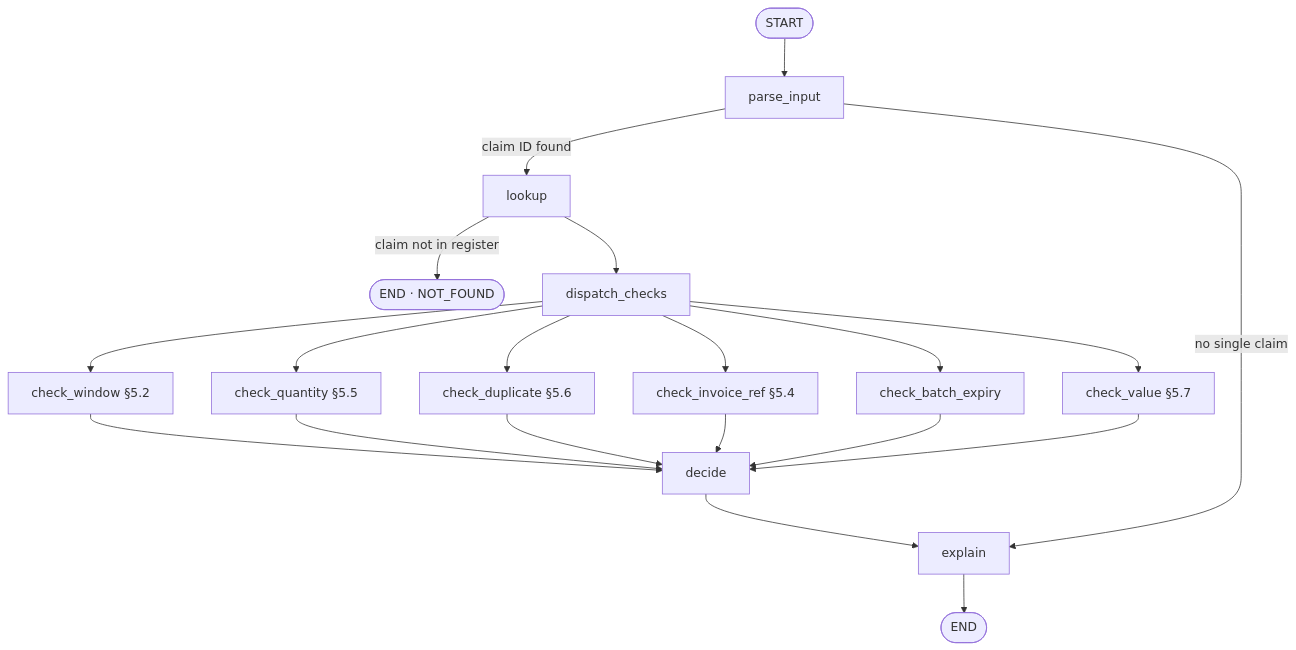
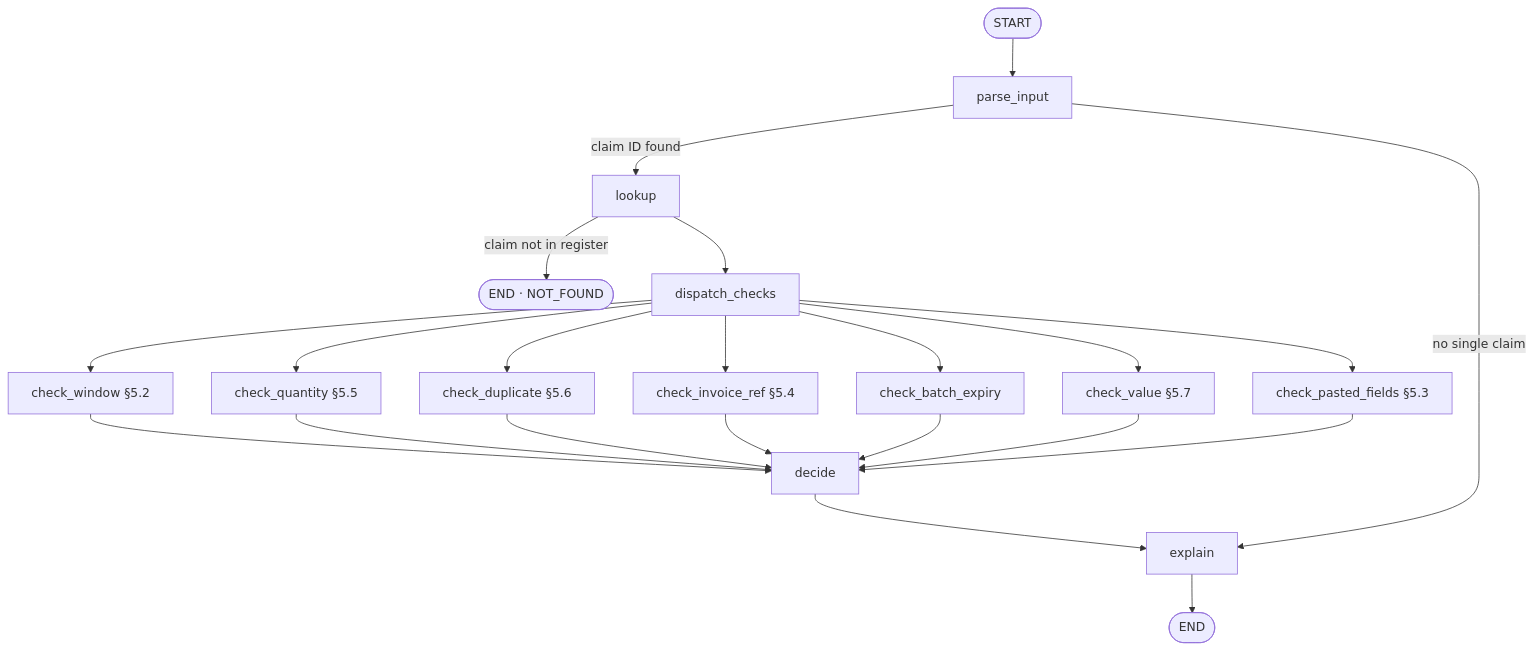
The diagram in pfizer-channel-engagement_learner-pack/discovery/architecture_note.md (palashdange/Project_Pfizer), drawn with Mermaid before and after one commit. The commit also changed other lines of this file and 5 other files, not shown here.

First line of the commit message:
Docs: batch mode, duplicate and pasted-field decisions, held-out caveat; notes stay at 2 pages

````diff
--- a/pfizer-channel-engagement_learner-pack/discovery/architecture_note.md
+++ b/pfizer-channel-engagement_learner-pack/discovery/architecture_note.md
@@ -13,11 +11,11 @@
 ```mermaid
 flowchart TD
     S([START]) --> P[parse_input]
     P -->|claim ID found| L[lookup]
     P -->|no single claim| E[explain]
     L -->|claim not in register| X([END · NOT_FOUND])
     L --> D[dispatch_checks]
-    D --> C1[check_window §5.2] & C2[check_quantity §5.5] & C3[check_duplicate §5.6] & C4[check_invoice_ref §5.4] & C5[check_batch_expiry] & C6[check_value §5.7]
-    C1 & C2 & C3 & C4 & C5 & C6 --> DEC[decide]
+    D --> C1[check_window §5.2] & C2[check_quantity §5.5] & C3[check_duplicate §5.6] & C4[check_invoice_ref §5.4] & C5[check_batch_expiry] & C6[check_value §5.7] & C7[check_pasted_fields §5.3]
+    C1 & C2 & C3 & C4 & C5 & C6 & C7 --> DEC[decide]
     DEC --> E --> Z([END])
 ```
````
